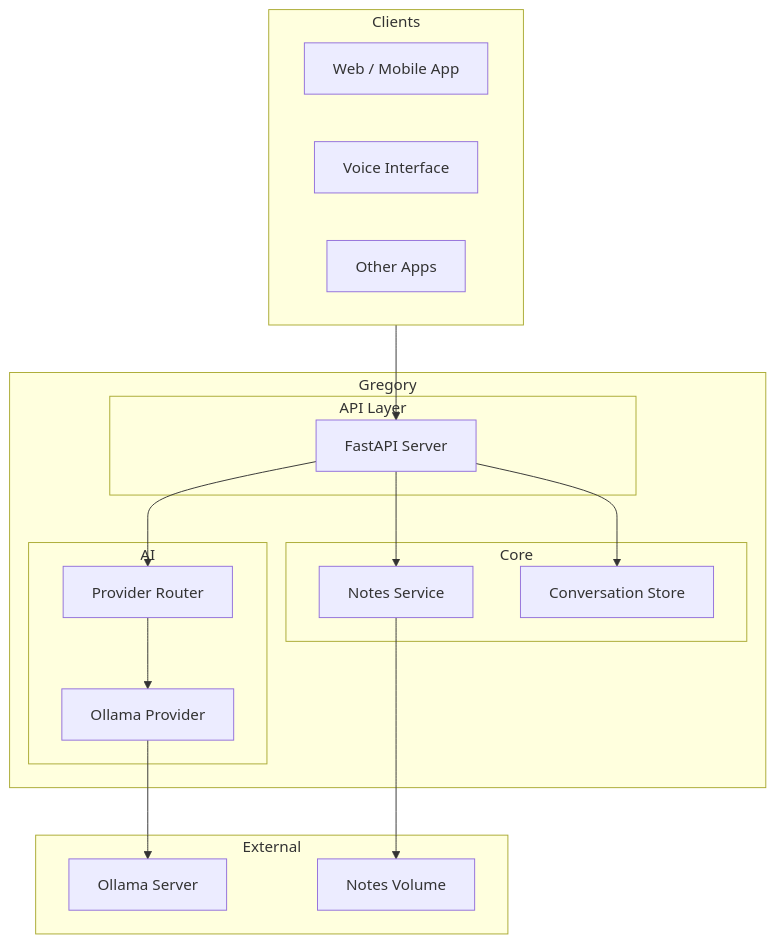
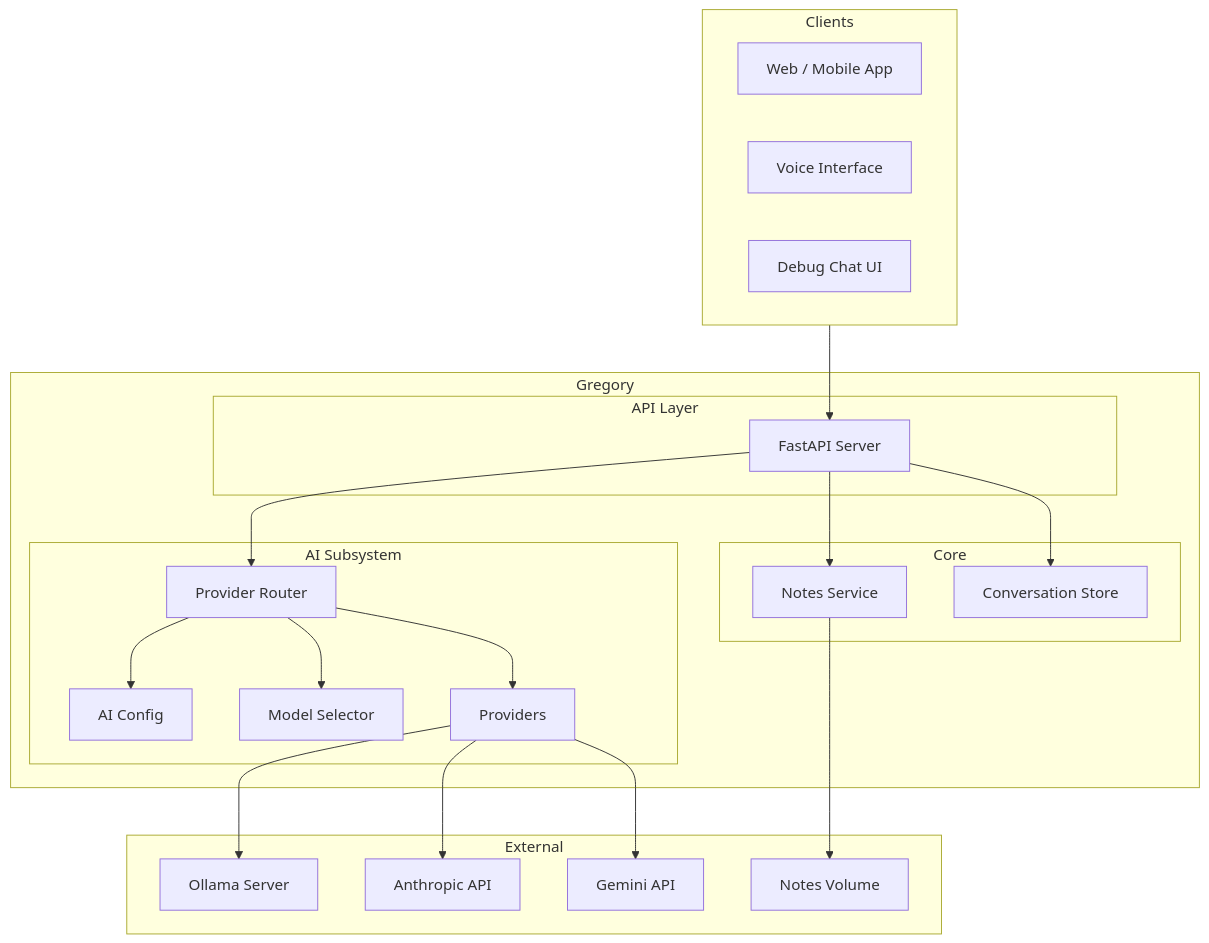
Before and after one commit to StevenGann/Gregory: the first of 6 diagrams in docs/ARCHITECTURE.md, drawn with Mermaid. The commit also changed other lines of this file and 28 other files, not shown here.

````diff
--- a/docs/ARCHITECTURE.md
+++ b/docs/ARCHITECTURE.md
@@ -7,35 +7,43 @@
 ```mermaid
 flowchart TB
     subgraph clients [Clients]
         WebApp[Web / Mobile App]
         VoiceInterface[Voice Interface]
-        OtherApps[Other Apps]
+        DebugUI[Debug Chat UI]
     end
 
     subgraph gregory [Gregory]
         subgraph api [API Layer]
             FastAPI[FastAPI Server]
         end
         subgraph core [Core]
             Notes[Notes Service]
             Store[Conversation Store]
         end
-        subgraph ai [AI]
+        subgraph ai [AI Subsystem]
+            Config[AI Config]
             Router[Provider Router]
-            Ollama[Ollama Provider]
+            Selector[Model Selector]
+            Providers[Providers]
         end
     end
 
     subgraph external [External]
         OllamaServer[Ollama Server]
+        Anthropic[Anthropic API]
+        Gemini[Gemini API]
         NotesVolume[Notes Volume]
     end
 
     clients --> FastAPI
     FastAPI --> Notes
     FastAPI --> Store
     FastAPI --> Router
-    Router --> Ollama
-    Ollama --> OllamaServer
+    Router --> Config
+    Router --> Selector
+    Router --> Providers
+    Providers --> OllamaServer
+    Providers --> Anthropic
+    Providers --> Gemini
     Notes --> NotesVolume
 ```
````
